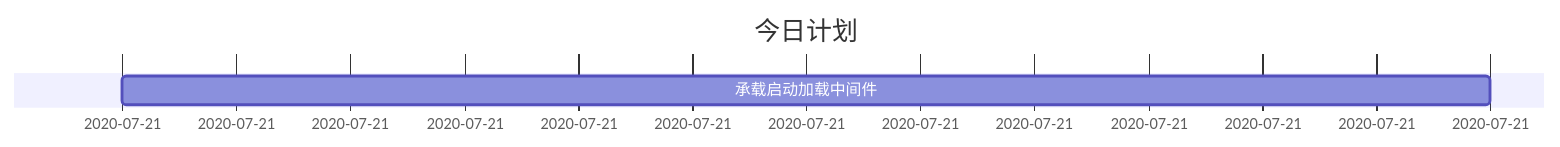
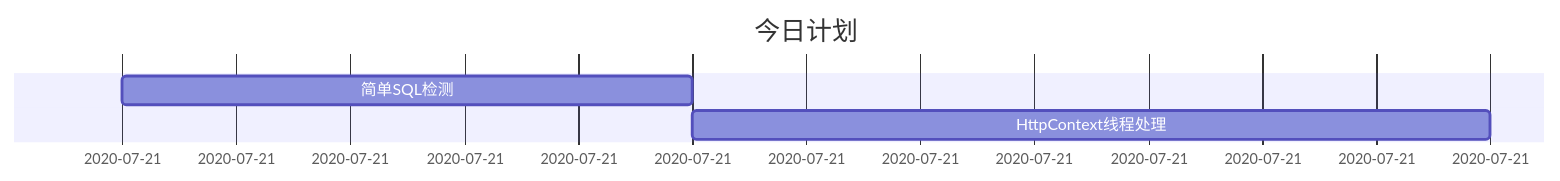
One commit to luotianqi777/Notebook changed the second of 2 diagrams in Plan.md. Above: the diagram before and after it, drawn with Mermaid. The commit also changed 1 other file, not shown here.

Commit message:
今日任务

````diff
--- a/Plan.md
+++ b/Plan.md
@@ -20,6 +20,7 @@
 ```mermaid
 gantt
 dateFormat  HH:mm
 title 今日计划
-承载启动加载中间件: 09:00, 21:00
+简单SQL检测: 09:00, 14:00
+HttpContext线程处理: 14:00,21:00
 ```
````
